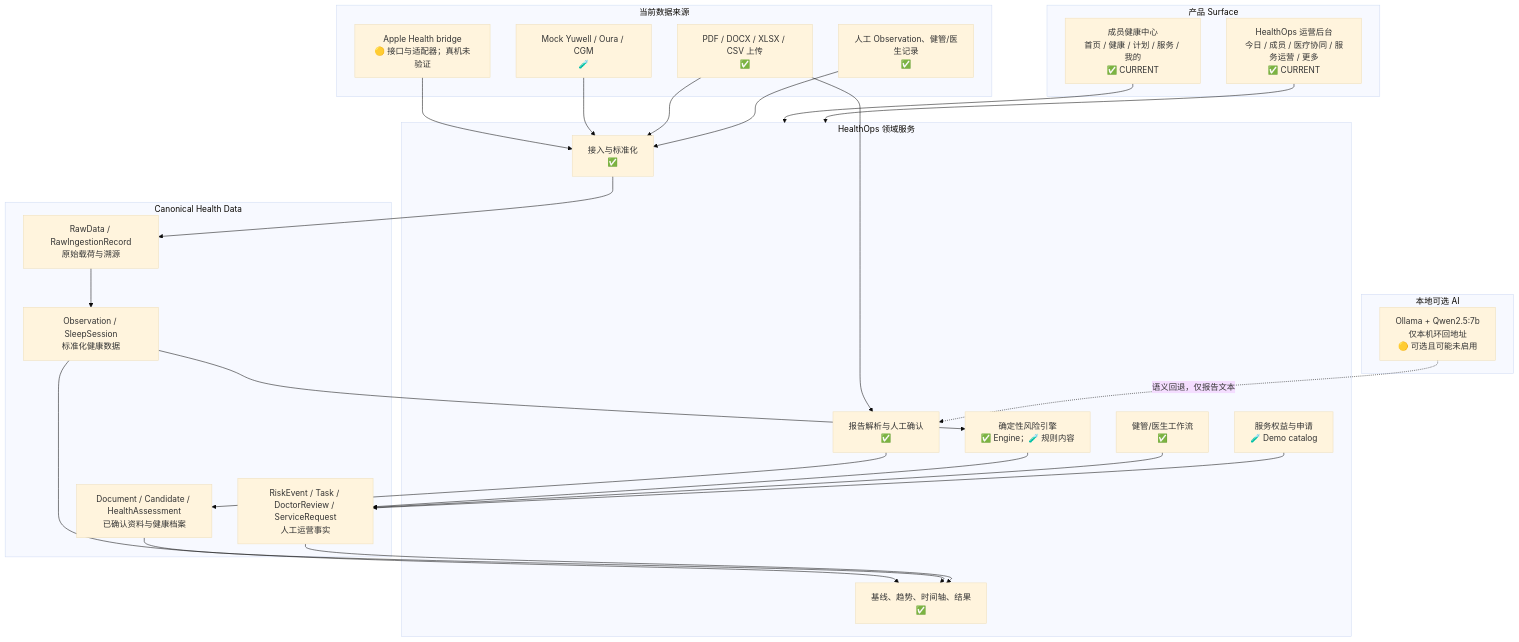
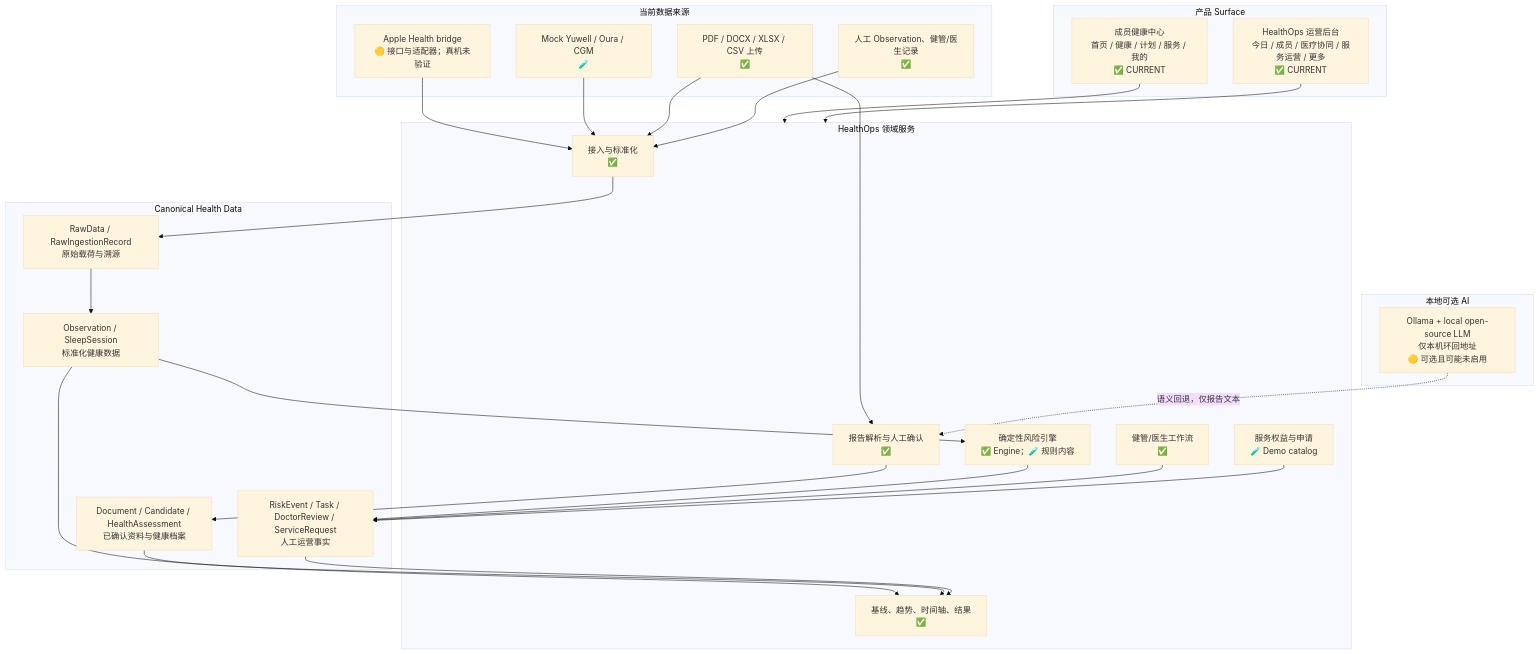
Before and after one commit to KaedeharaT/executive-healthops: the first of 2 diagrams in docs/architecture/01_PLATFORM_OVERVIEW.md, drawn with Mermaid (base theme). The commit also changed other lines of this file and 38 other files, not shown here.

````diff
--- a/docs/architecture/01_PLATFORM_OVERVIEW.md
+++ b/docs/architecture/01_PLATFORM_OVERVIEW.md
@@ -18,51 +18,51 @@
 ```mermaid
 flowchart TB
   subgraph surfaces[产品 Surface]
     member[成员健康中心\n首页 / 健康 / 计划 / 服务 / 我的\n✅ CURRENT]
     ops[HealthOps 运营后台\n今日 / 成员 / 医疗协同 / 服务运营 / 更多\n✅ CURRENT]
   end
 
   subgraph services[HealthOps 领域服务]
     ingest[接入与标准化\n✅]
     report[报告解析与人工确认\n✅]
     risk[确定性风险引擎\n✅ Engine；🧪 规则内容]
     longitudinal[基线、趋势、时间轴、结果\n✅]
     workflow[健管/医生工作流\n✅]
     serviceops[服务权益与申请\n🧪 Demo catalog]
   end
 
   subgraph canonical[Canonical Health Data]
     raw[RawData / RawIngestionRecord\n原始载荷与溯源]
     obs[Observation / SleepSession\n标准化健康数据]
     records[Document / Candidate / HealthAssessment\n已确认资料与健康档案]
     operations[RiskEvent / Task / DoctorReview / ServiceRequest\n人工运营事实]
   end
 
   subgraph sources[当前数据来源]
     apple[Apple Health bridge\n🟡 接口与适配器；真机未验证]
     mocks[Mock Yuwell / Oura / CGM\n🧪]
     files[PDF / DOCX / XLSX / CSV 上传\n✅]
     manual[人工 Observation、健管/医生记录\n✅]
   end
 
   subgraph localai[本地可选 AI]
-    qwen[Ollama + Qwen2.5:7b\n仅本机环回地址\n🟡 可选且可能未启用]
+    local_llm[Ollama + local open-source LLM\n仅本机环回地址\n🟡 可选且可能未启用]
   end
 
   member --> services
   ops --> services
   apple --> ingest
   mocks --> ingest
   files --> ingest
   files --> report
   manual --> ingest
   ingest --> raw --> obs
   report --> records
-  qwen -.语义回退，仅报告文本.-> report
+  local_llm -.语义回退，仅报告文本.-> report
   obs --> risk --> operations
   obs --> longitudinal
   records --> longitudinal
   operations --> longitudinal
   workflow --> operations
   serviceops --> operations
 ```
````
